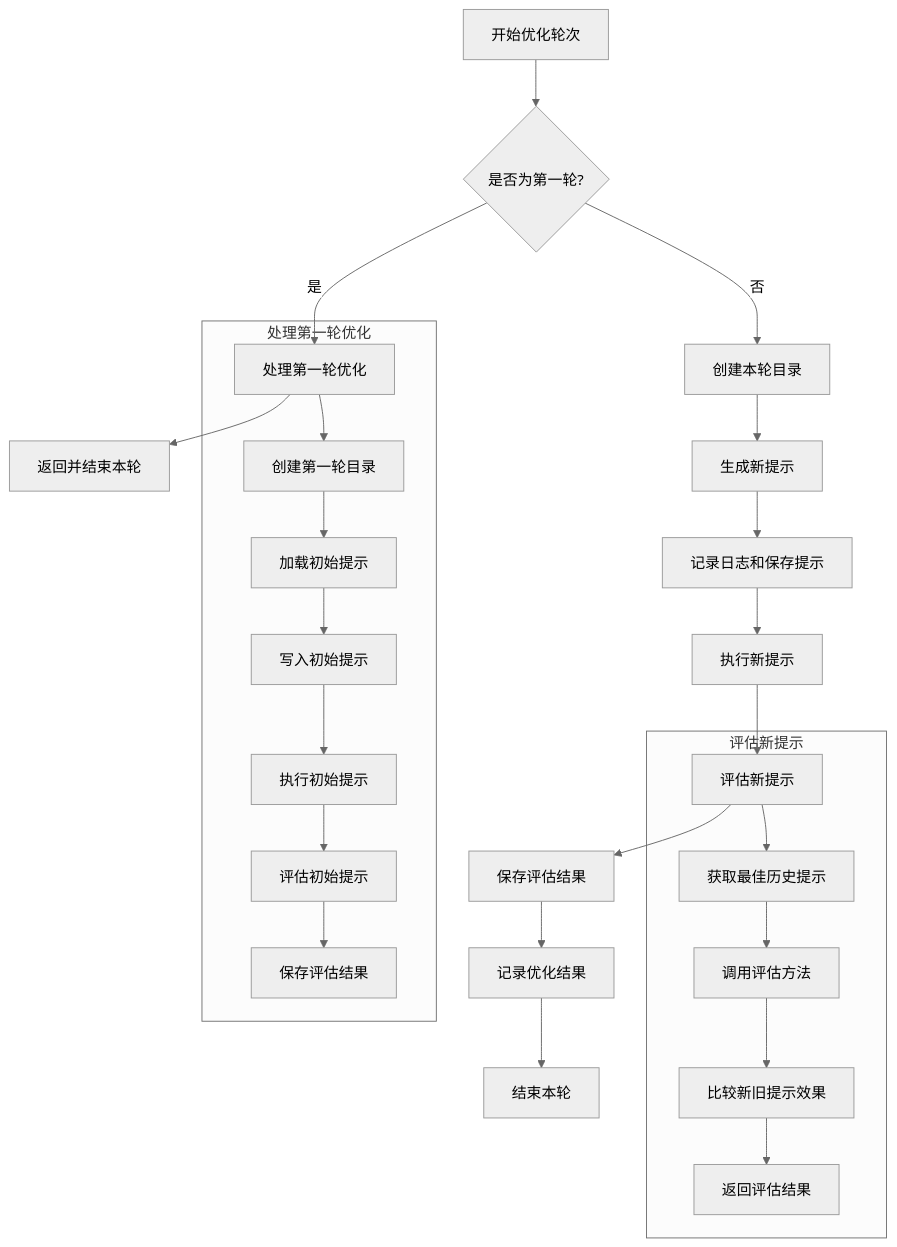
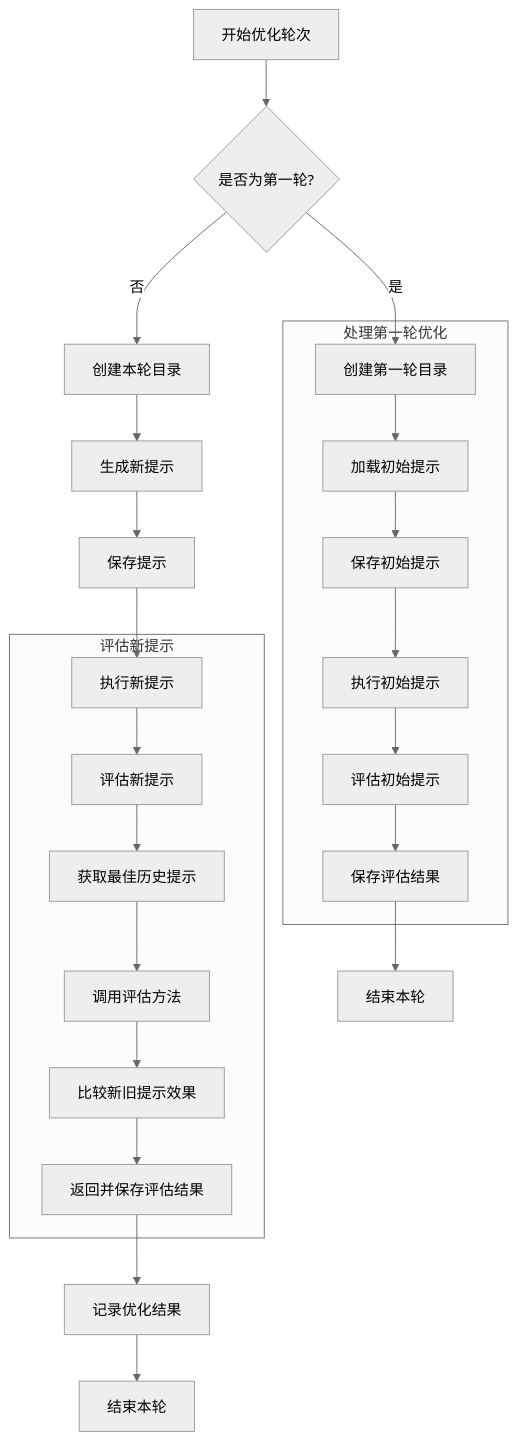
Before and after one commit to a67793581/a67793581.github.io: the diagram in _posts/2025-02-19-利用ai实现提示词生成原理解析.md, drawn with Mermaid (neutral theme). The commit also changed other lines of this file and 1 other file, not shown here.

````diff
--- a/_posts/2025-02-19-利用ai实现提示词生成原理解析.md
+++ b/_posts/2025-02-19-利用ai实现提示词生成原理解析.md
@@ -438,30 +437,28 @@
 ```mermaid
 graph TD
     A[开始优化轮次] --> B{是否为第一轮?}
-    B -- 是 --> C[处理第一轮优化]
-    C --> D[返回并结束本轮]
+    B -- 是 --> C1
+    C6 --> D[结束本轮]
     B -- 否 --> E[创建本轮目录]
     E --> F[生成新提示]
-    F --> G[记录日志和保存提示]
+    F --> G[保存提示]
     G --> H[执行新提示]
-    H --> I[评估新提示]
-    I --> J[保存评估结果]
-    J --> K[记录优化结果]
+    I4 -->K[记录优化结果]
     K --> L[结束本轮]
 
     subgraph 处理第一轮优化
-        C --> C1[创建第一轮目录]
-        C1 --> C2[加载初始提示]
-        C2 --> C3[写入初始提示]
+        C1[创建第一轮目录] --> C2[加载初始提示]
+        C2 --> C3[保存初始提示]
         C3 --> C4[执行初始提示]
         C4 --> C5[评估初始提示]
         C5 --> C6[保存评估结果]
     end
 
     subgraph 评估新提示
+        H --> I[评估新提示]
         I --> I1[获取最佳历史提示]
         I1 --> I2[调用评估方法]
         I2 --> I3[比较新旧提示效果]
-        I3 --> I4[返回评估结果]
+        I3 --> I4[返回并保存评估结果]
     end
 ```
````
